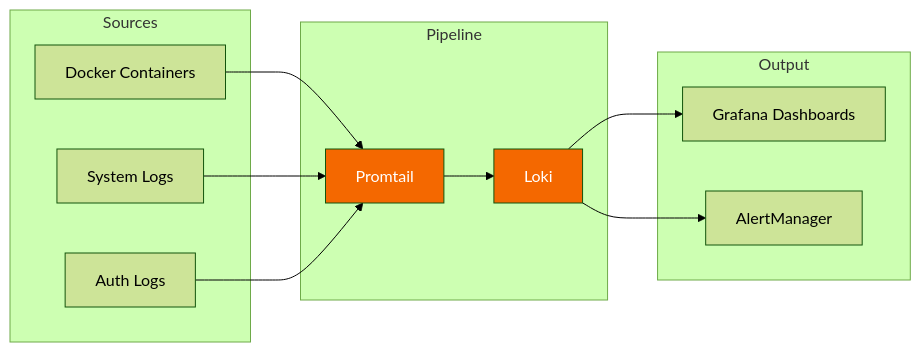
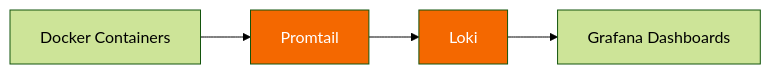
The sixth of 9 diagrams in docs/monitoring.md (manumanohar11/homelab), drawn with Mermaid (forest theme) before and after one commit. The commit also changed other lines of this file and 20 other files, not shown here.

````diff
--- a/docs/monitoring.md
+++ b/docs/monitoring.md
@@ -428,28 +428,9 @@
 ```mermaid
 flowchart LR
-    subgraph SOURCES["Sources"]
-        Docker["Docker Containers"]
-        System["System Logs"]
-        Auth["Auth Logs"]
-    end
-
-    subgraph PIPELINE["Pipeline"]
-        Promtail["Promtail"]
-        Loki["Loki"]
-    end
-
-    subgraph OUTPUT["Output"]
-        Grafana["Grafana Dashboards"]
-        Alerts["AlertManager"]
-    end
-
-    Docker --> Promtail
-    System --> Promtail
-    Auth --> Promtail
-    Promtail --> Loki
-    Loki --> Grafana
-    Loki --> Alerts
+    Docker["Docker Containers"] --> Promtail["Promtail"]
+    Promtail --> Loki["Loki"]
+    Loki --> Grafana["Grafana Dashboards"]
 
     style Loki fill:#f46800,color:#fff
     style Promtail fill:#f46800,color:#fff
 ```
````
